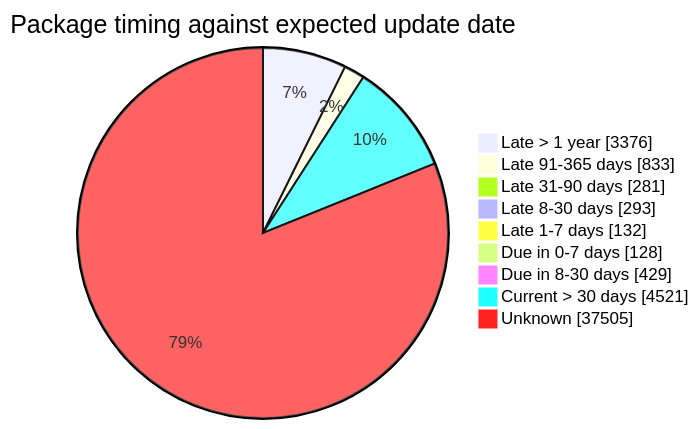
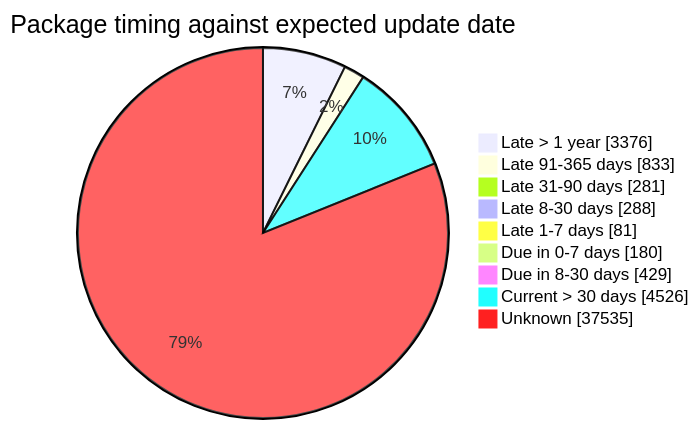
Before and after one commit to open-data/analytics-corporate-reporting: the fourth of 5 diagrams in FreshCheck/README.md, drawn with Mermaid. The commit also changed other lines of this file and 3 other files, not shown here.

````diff
--- a/FreshCheck/README.md
+++ b/FreshCheck/README.md
@@ -87,12 +87,12 @@
 ```mermaid
 pie showData title Package timing against expected update date
     "Late > 1 year": 3376
     "Late 91-365 days": 833
     "Late 31-90 days": 281
-    "Late 8-30 days": 293
-    "Late 1-7 days": 132
-    "Due in 0-7 days": 128
+    "Late 8-30 days": 288
+    "Late 1-7 days": 81
+    "Due in 0-7 days": 180
     "Due in 8-30 days": 429
-    "Current > 30 days": 4521
-    "Unknown": 37505
+    "Current > 30 days": 4526
+    "Unknown": 37535
 ```
````
